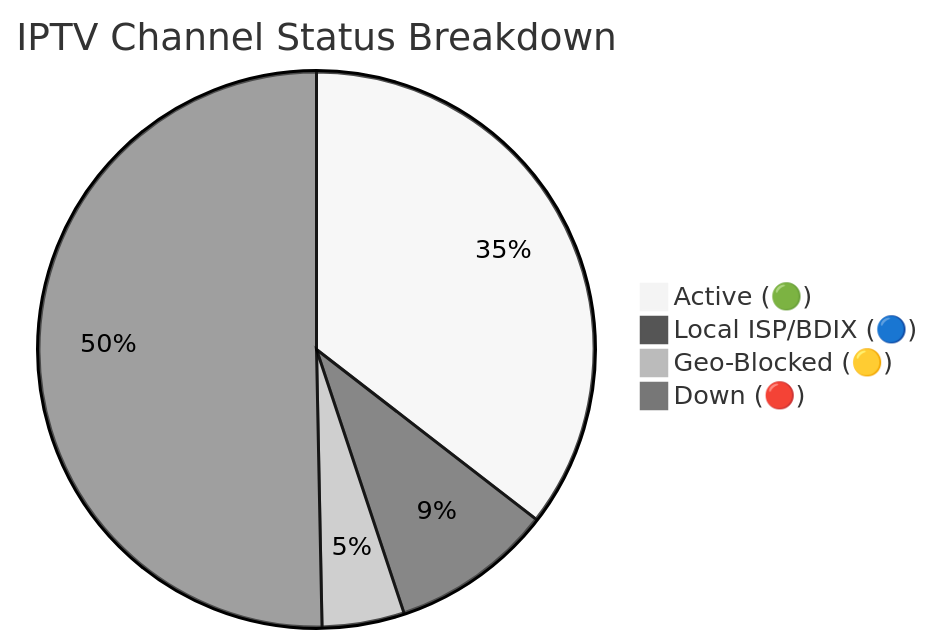
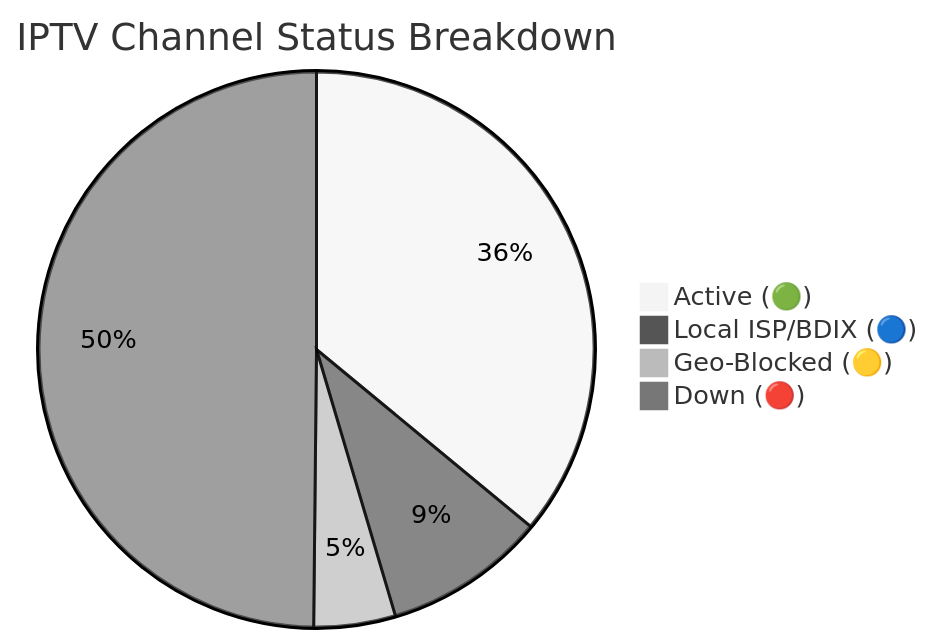
Before and after one commit to andreataylord/Ip-tv-Collection: the diagram in README.md, drawn with Mermaid (neutral theme). The commit also changed other lines of this file and 1 other file, not shown here.

Commit message:
docs(readme): auto-update daily channel status chart

````diff
--- a/README.md
+++ b/README.md
@@ -59,7 +59,7 @@
 ```mermaid
 pie title IPTV Channel Status Breakdown
-    "Active (🟢)" : 2952
+    "Active (🟢)" : 2995
     "Local ISP/BDIX (🔵)" : 784
-    "Geo-Blocked (🟡)" : 398
-    "Down (🔴)" : 4187
+    "Geo-Blocked (🟡)" : 395
+    "Down (🔴)" : 4147
 ```
````
